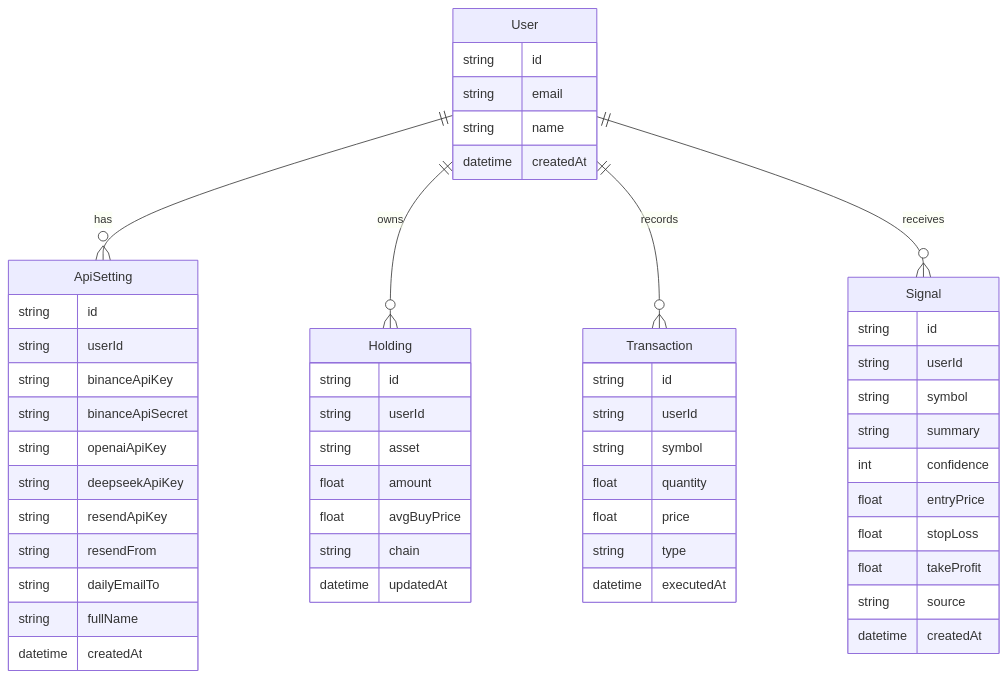
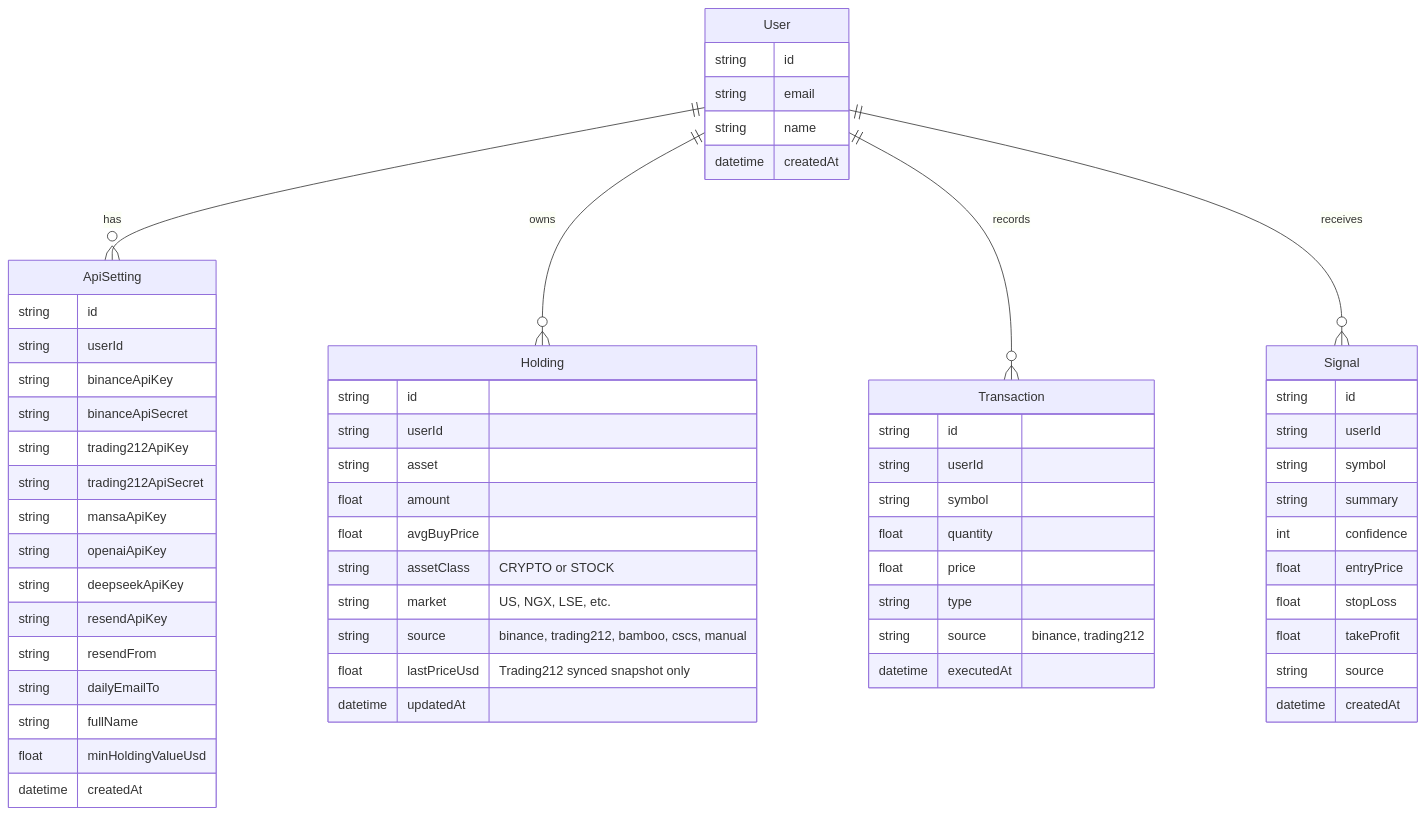
Before and after one commit to bhoyee/ApexPulse: the second of 2 diagrams in README.md, drawn with Mermaid. The commit also changed other lines of this file and 13 other files, not shown here.

````diff
--- a/README.md
+++ b/README.md
@@ -166,57 +199,65 @@
 ```mermaid
 erDiagram
   User ||--o{ ApiSetting : has
   User ||--o{ Holding : owns
   User ||--o{ Transaction : records
   User ||--o{ Signal : receives
 
   User {
     string id
     string email
     string name
     datetime createdAt
   }
   ApiSetting {
     string id
     string userId
     string binanceApiKey
     string binanceApiSecret
+    string trading212ApiKey
+    string trading212ApiSecret
+    string mansaApiKey
     string openaiApiKey
     string deepseekApiKey
     string resendApiKey
     string resendFrom
     string dailyEmailTo
     string fullName
+    float minHoldingValueUsd
     datetime createdAt
   }
   Holding {
     string id
     string userId
     string asset
     float amount
     float avgBuyPrice
-    string chain
+    string assetClass "CRYPTO or STOCK"
+    string market "US, NGX, LSE, etc."
+    string source "binance, trading212, bamboo, cscs, manual"
+    float lastPriceUsd "Trading212 synced snapshot only"
     datetime updatedAt
   }
   Transaction {
     string id
     string userId
     string symbol
     float quantity
     float price
     string type
+    string source "binance, trading212"
     datetime executedAt
   }
   Signal {
     string id
     string userId
     string symbol
     string summary
     int confidence
     float entryPrice
     float stopLoss
     float takeProfit
     string source
     datetime createdAt
   }
 ```
````
